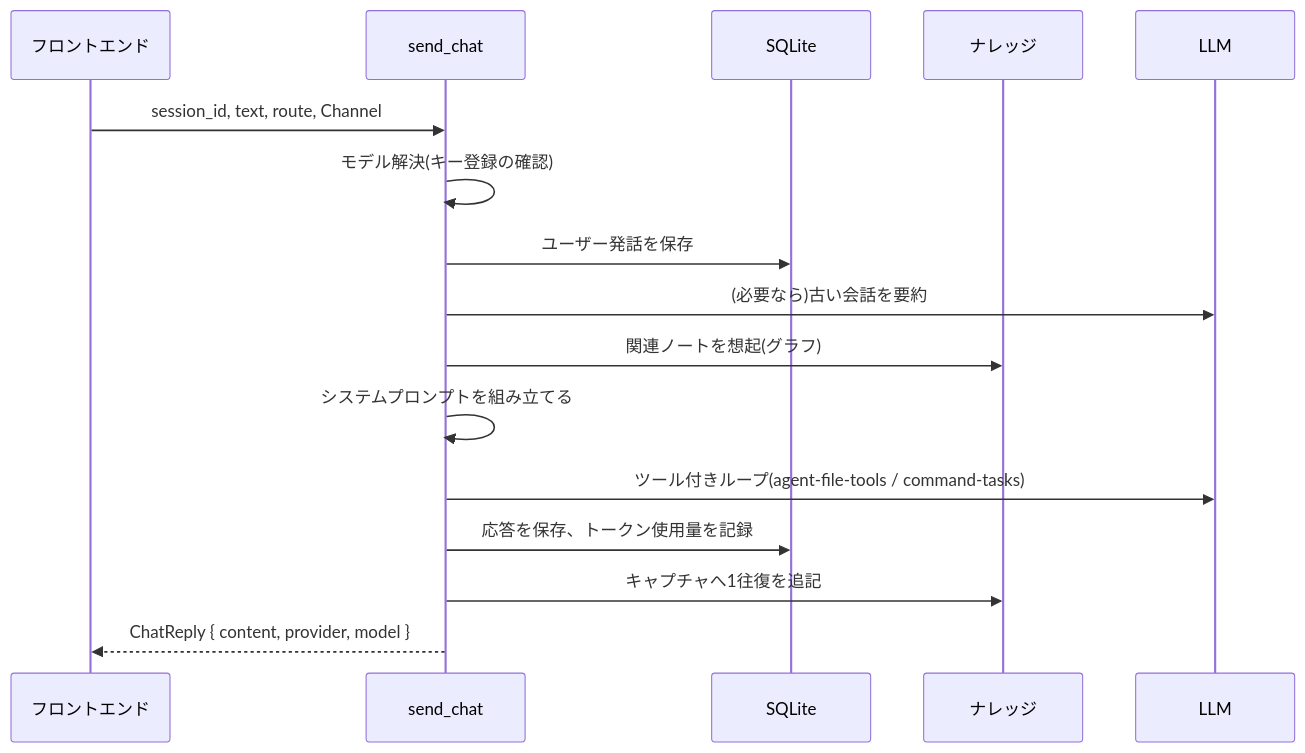
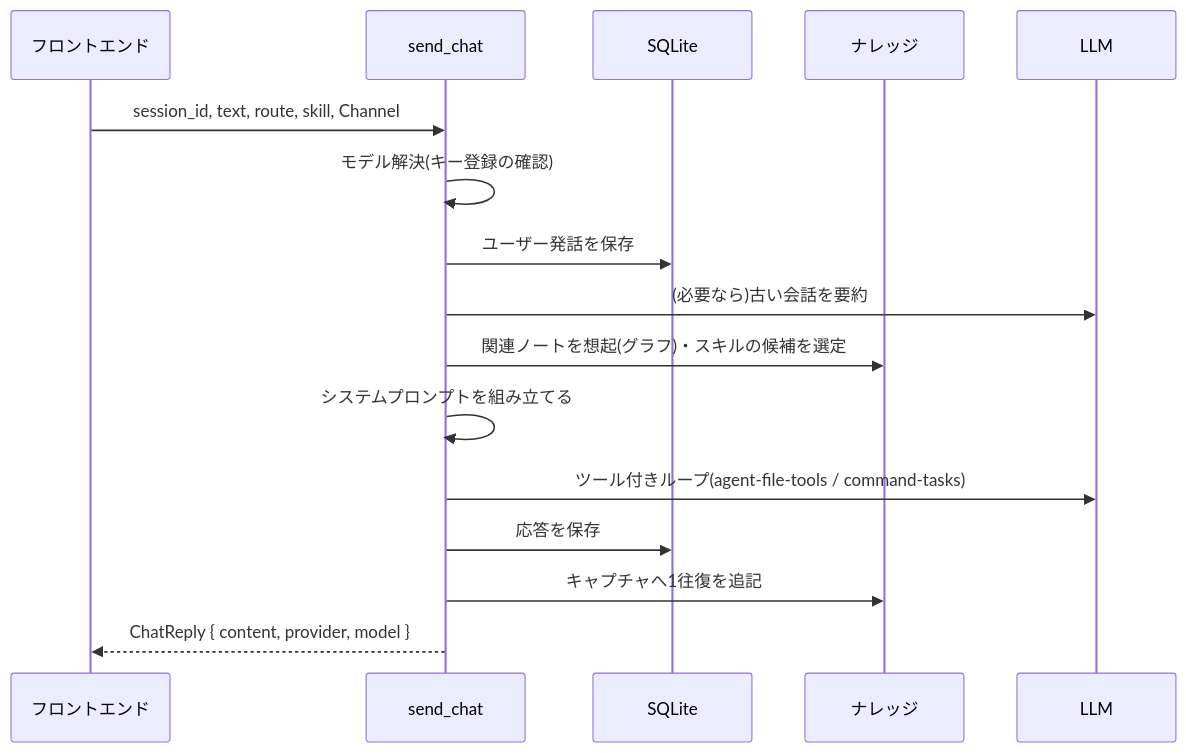
One commit to long-in/MyAssistant changed the first of 2 diagrams in docs/chat-flow.md. Above: the diagram before and after it, drawn with Mermaid. The commit also changed other lines of this file and 25 other files, not shown here.

````diff
--- a/docs/chat-flow.md
+++ b/docs/chat-flow.md
@@ -7,18 +23,18 @@
 ```mermaid
 sequenceDiagram
   participant FE as フロントエンド
   participant C as send_chat
   participant DB as SQLite
   participant K as ナレッジ
   participant LLM as LLM
-  FE->>C: session_id, text, route, Channel
+  FE->>C: session_id, text, route, skill, Channel
   C->>C: モデル解決(キー登録の確認)
   C->>DB: ユーザー発話を保存
   C->>LLM: (必要なら)古い会話を要約
-  C->>K: 関連ノートを想起(グラフ)
+  C->>K: 関連ノートを想起(グラフ)・スキルの候補を選定
   C->>C: システムプロンプトを組み立てる
   C->>LLM: ツール付きループ(agent-file-tools / command-tasks)
-  C->>DB: 応答を保存、トークン使用量を記録
+  C->>DB: 応答を保存
   C->>K: キャプチャへ1往復を追記
   C-->>FE: ChatReply { content, provider, model }
 ```
````
